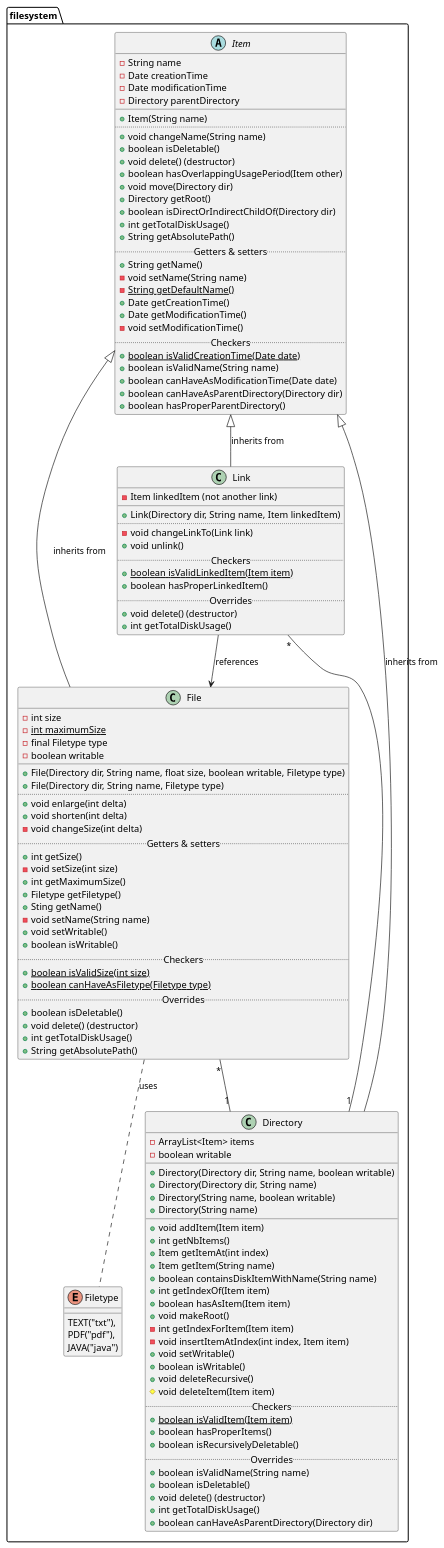
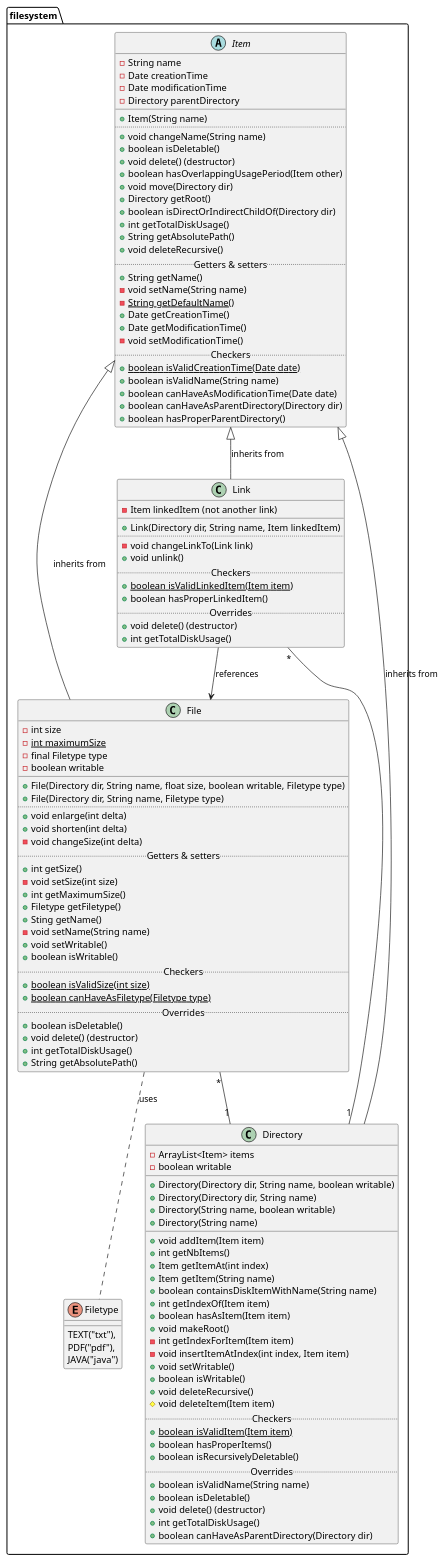
The diagram in class-diagram/classdiagram.puml (vanschependom/KULAK_ogp-practicum2), drawn with PlantUML before and after one commit. The commit also changed 8 other files, not shown here.

```diff
--- a/class-diagram/classdiagram.puml
+++ b/class-diagram/classdiagram.puml
@@ -1,136 +1,137 @@
 @startuml
 
 package filesystem {
 
 abstract Item {
     - String name
     - Date creationTime
     - Date modificationTime
     - Directory parentDirectory
 __
     + Item(String name)
 ..
     + void changeName(String name)
     + boolean isDeletable()
     + void delete() (destructor)
     + boolean hasOverlappingUsagePeriod(Item other)
     + void move(Directory dir)
     + Directory getRoot()
     + boolean isDirectOrIndirectChildOf(Directory dir)
     + int getTotalDiskUsage()
     + String getAbsolutePath()
+    + void deleteRecursive()
 ..Getters & setters..
     + String getName()
     - void setName(String name)
     - {static} String getDefaultName()
     + Date getCreationTime()
     + Date getModificationTime()
     - void setModificationTime()
 ..Checkers..
     + {static} boolean isValidCreationTime(Date date)
     + boolean isValidName(String name)
     + boolean canHaveAsModificationTime(Date date)
     + boolean canHaveAsParentDirectory(Directory dir)
     + boolean hasProperParentDirectory()
 }
 
 class File {
     - int size
     - {static} int maximumSize
     - final Filetype type
     - boolean writable
 __
     + File(Directory dir, String name, float size, boolean writable, Filetype type)
     + File(Directory dir, String name, Filetype type)
 ..
     + void enlarge(int delta)
     + void shorten(int delta)
     - void changeSize(int delta)
 ..Getters & setters..
     + int getSize()
     - void setSize(int size)
     + int getMaximumSize()
     + Filetype getFiletype()
     + Sting getName()
     - void setName(String name)
     + void setWritable()
     + boolean isWritable()
 ..Checkers..
     + {static} boolean isValidSize(int size)
     + {static} boolean canHaveAsFiletype(Filetype type)
 ..Overrides..
     + boolean isDeletable()
     + void delete() (destructor)
     + int getTotalDiskUsage()
     + String getAbsolutePath()
 }
 
 enum Filetype {
     TEXT("txt"),
     PDF("pdf"),
     JAVA("java")
 }
 
 class Directory {
     - ArrayList<Item> items
     - boolean writable
 __
     + Directory(Directory dir, String name, boolean writable)
     + Directory(Directory dir, String name)
     + Directory(String name, boolean writable)
     + Directory(String name)
 __
     + void addItem(Item item)
     + int getNbItems()
     + Item getItemAt(int index)
     + Item getItem(String name)
     + boolean containsDiskItemWithName(String name)
     + int getIndexOf(Item item)
     + boolean hasAsItem(Item item)
     + void makeRoot()
     - int getIndexForItem(Item item)
     - void insertItemAtIndex(int index, Item item)
     + void setWritable()
     + boolean isWritable()
     + void deleteRecursive()
     # void deleteItem(Item item)
 ..Checkers..
     + {static} boolean isValidItem(Item item)
     + boolean hasProperItems()
     + boolean isRecursivelyDeletable()
 .. Overrides ..
     + boolean isValidName(String name)
     + boolean isDeletable()
     + void delete() (destructor)
     + int getTotalDiskUsage()
     + boolean canHaveAsParentDirectory(Directory dir)
 }
 
 class Link {
     - Item linkedItem (not another link)
 __
     + Link(Directory dir, String name, Item linkedItem)
 ..
     - void changeLinkTo(Link link)
     + void unlink()
 ..Checkers..
     + {static} boolean isValidLinkedItem(Item item)
     + boolean hasProperLinkedItem()
 ..Overrides..
     + void delete() (destructor)
     + int getTotalDiskUsage()
 }
 
 Item <|-- Link: inherits from
 Item <|-- File: inherits from
 Item <|-- Directory: inherits from
 
 File .. Filetype: uses
 
 Link --> File: references
 Link "*" -- "1" Directory
 File "*" -- "1" Directory
 
 }
 
 @enduml
```
